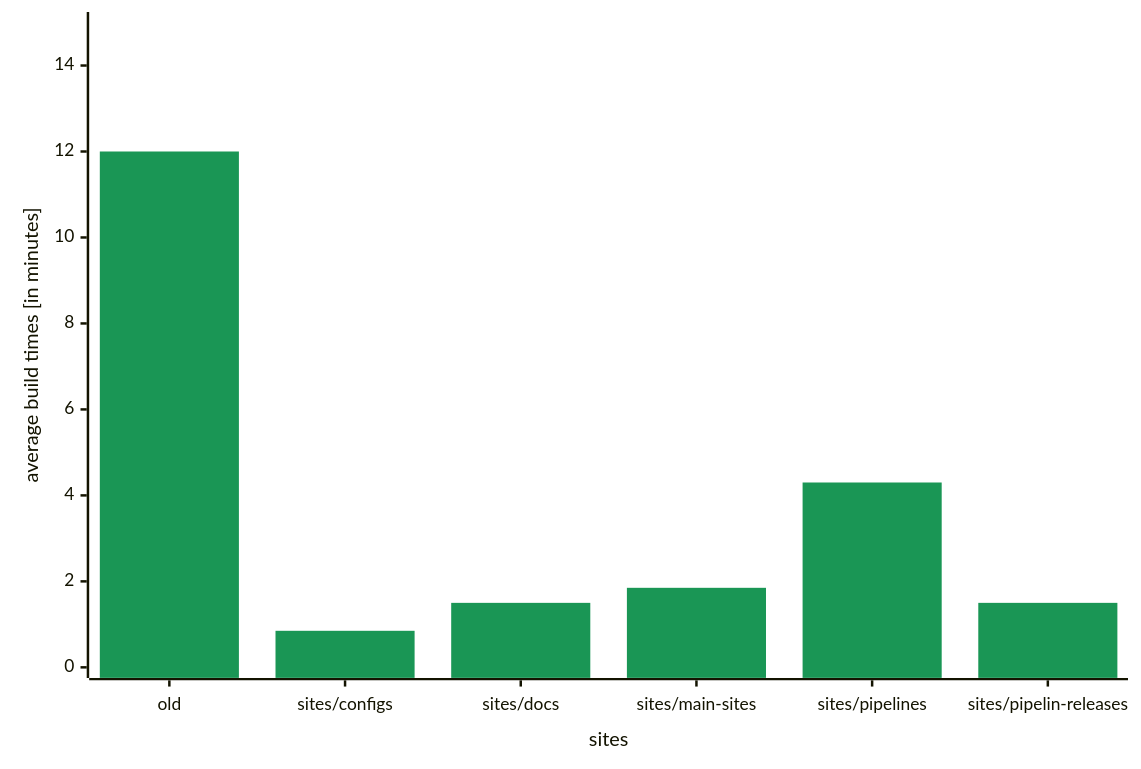
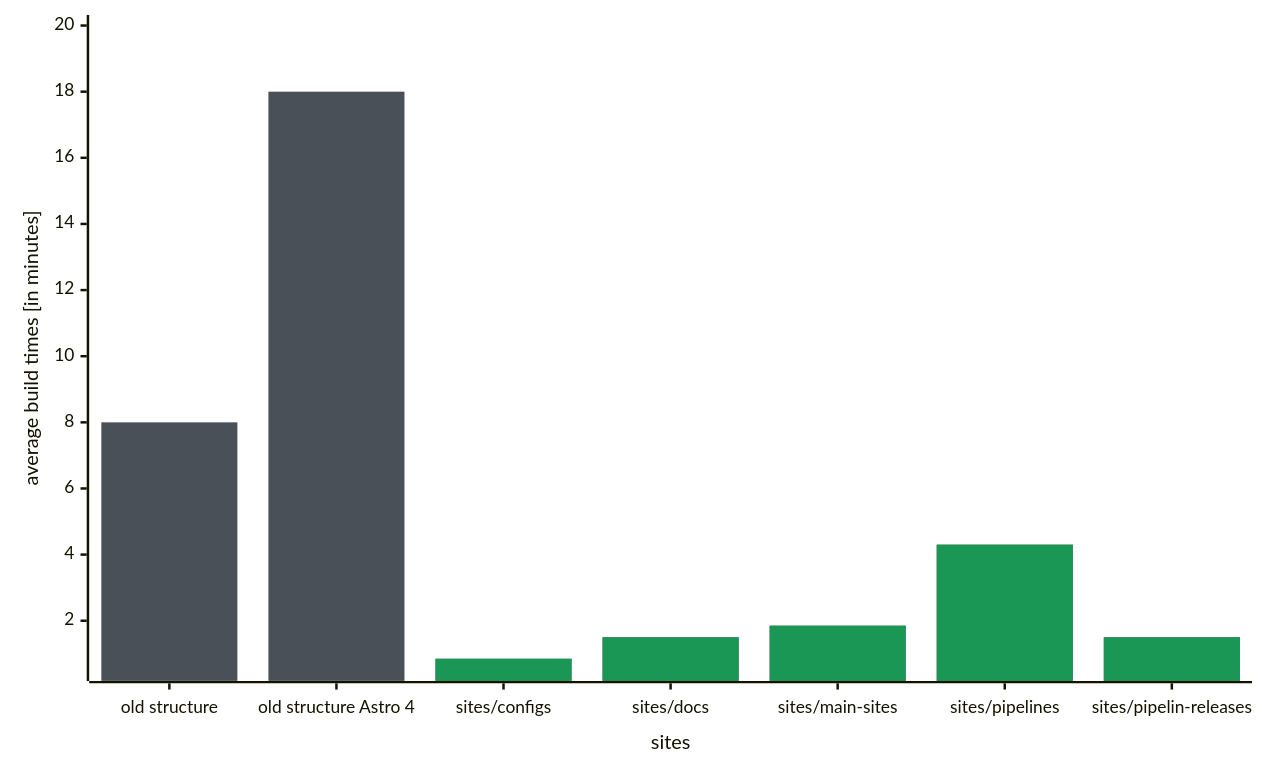
One commit to nf-core/website changed the first of 3 diagrams in sites/main-site/src/content/blog/2024/2024-07-02-new-website-structure.mdx. Above: the diagram before and after it, drawn with Mermaid. The commit also changed 1 other file, not shown here.

Commit message:
polish bar graph

````diff
--- a/sites/main-site/src/content/blog/2024/2024-07-02-new-website-structure.mdx
+++ b/sites/main-site/src/content/blog/2024/2024-07-02-new-website-structure.mdx
@@ -50,15 +50,17 @@
 ```mermaid
 ---
 config:
     xyChart:
-        width: 900
+        width: 1000
         height: 600
     themeVariables:
         xyChart:
-            plotColorPalette: '#1a9655'
+            plotColorPalette: '#495057,#1a9655'
+            backgroundColor: 'transparent'
 ---
 xychart-beta
-    x-axis "sites" ["old", "sites/configs", "sites/docs", "sites/main-sites", "sites/pipelines", "sites/pipelin-releases"]
-    y-axis "average build times [in minutes]" 0 --> 15
-    bar [12, 0.85, 1.5, 1.85, 4.3, 1.5]
+    x-axis "sites" ["old structure","old structure Astro 4", "sites/configs", "sites/docs", "sites/main-sites", "sites/pipelines", "sites/pipelin-releases"]
+    y-axis "average build times [in minutes]" 0.5 --> 20
+    bar [8, 18, 0.85, 1.5, 1.85, 4.3, 1.5]
+    bar [0, 0, 0.85, 1.5, 1.85, 4.3, 1.5]
 ```
````
